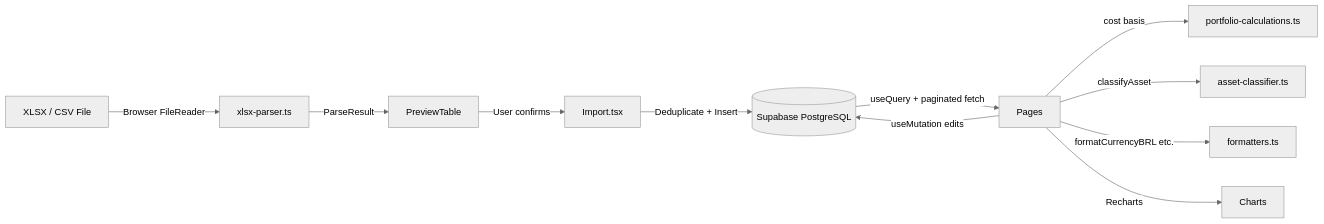
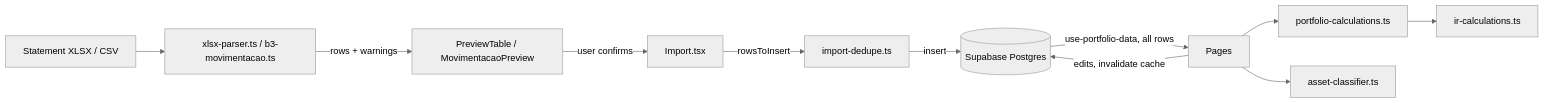
One commit to joao-sallaberry/portfolio-tracker changed the diagram in ARCHITECTURE.md. Above: the diagram before and after it, drawn with Mermaid (neutral theme). The commit also changed other lines of this file, not shown here.

First line of the commit message:
reorganize ARCHITECTURE around what the code doesn't show

````diff
--- a/ARCHITECTURE.md
+++ b/ARCHITECTURE.md
@@ -436,13 +409,13 @@
 ```mermaid
 graph LR
-    A[XLSX / CSV File] -->|Browser FileReader| B[xlsx-parser.ts]
-    B -->|ParseResult<T>| C[PreviewTable]
-    C -->|User confirms| D[Import.tsx]
-    D -->|Deduplicate + Insert| E[(Supabase PostgreSQL)]
-    E -->|useQuery + paginated fetch| F[Pages]
-    F -->|useMutation edits| E
-    F -->|cost basis| P[portfolio-calculations.ts]
-    F -->|classifyAsset| G[asset-classifier.ts]
-    F -->|formatCurrencyBRL etc.| H[formatters.ts]
-    F -->|Recharts| I[Charts]
+    A[Statement XLSX / CSV] --> B[xlsx-parser.ts / b3-movimentacao.ts]
+    B -->|rows + warnings| C[PreviewTable / MovimentacaoPreview]
+    C -->|user confirms| D[Import.tsx]
+    D -->|rowsToInsert| DD[import-dedupe.ts]
+    DD -->|insert| E[(Supabase Postgres)]
+    E -->|use-portfolio-data, all rows| F[Pages]
+    F -->|edits, invalidate cache| E
+    F --> P[portfolio-calculations.ts]
+    P --> IR[ir-calculations.ts]
+    F --> G[asset-classifier.ts]
 ```
````
